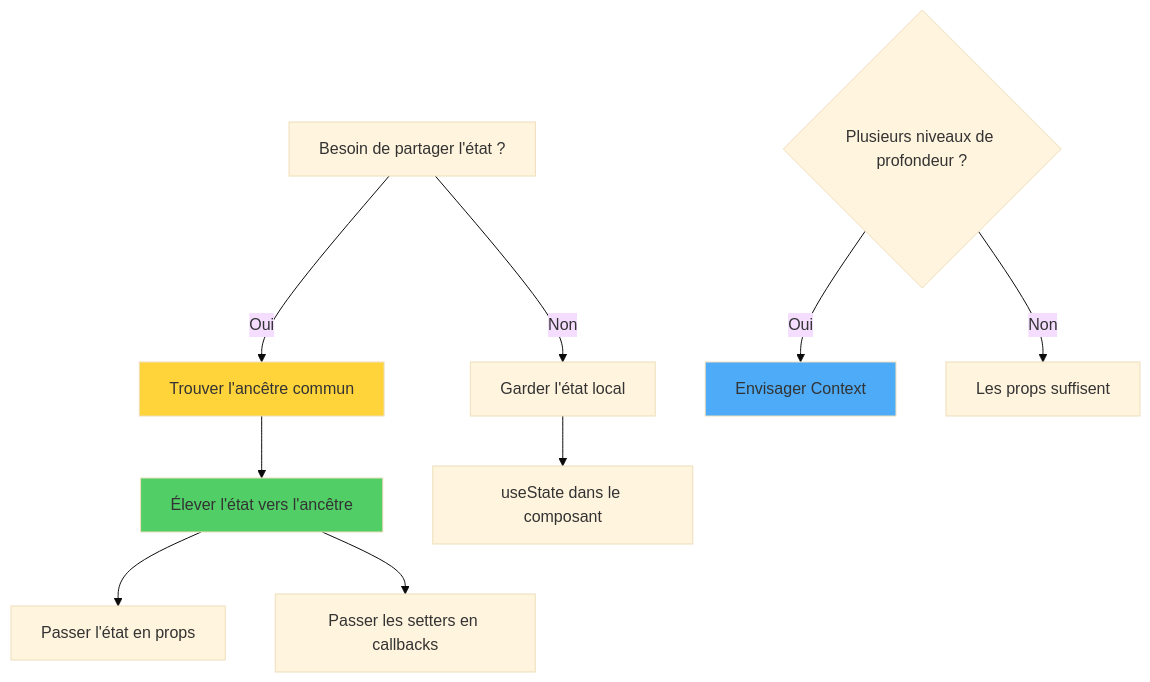
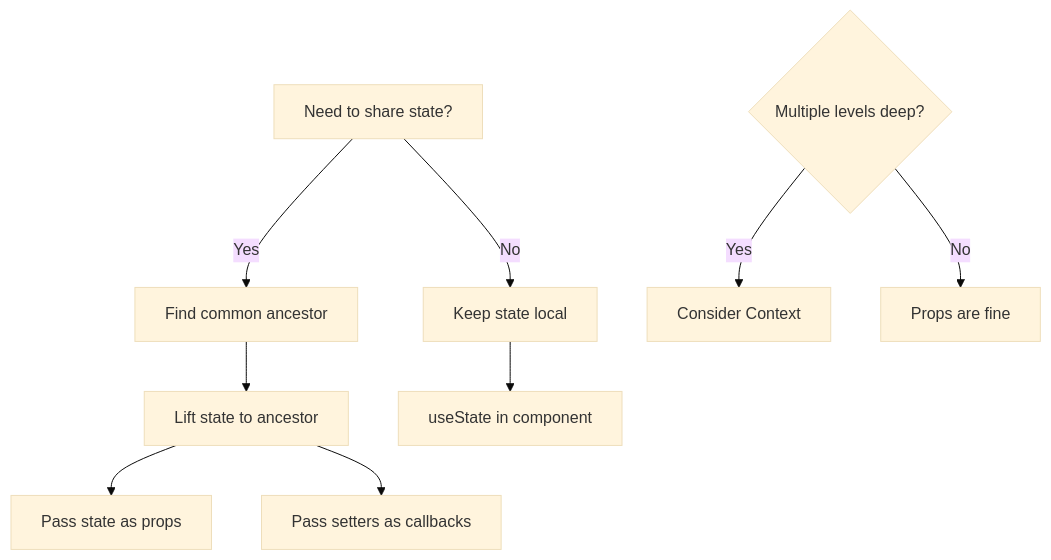
The fifth of 12 diagrams in arguments/chapters/fr/03-component-patterns-best-practices.md (BabaScience/react-guides), drawn with Mermaid (base theme) before and after one commit. The commit also changed other lines of this file and 29 other files, not shown here.

First line of the commit message:
Bring React FR/IT translations to full English parity + theme-safe diagrams

````diff
--- a/arguments/chapters/fr/03-component-patterns-best-practices.md
+++ b/arguments/chapters/fr/03-component-patterns-best-practices.md
@@ -172,18 +614,15 @@
 ```mermaid
 graph TD
-    A[Besoin de partager l'état ?] -->|Oui| B[Trouver l'ancêtre commun]
-    A -->|Non| C[Garder l'état local]
+    A[Need to share state?] -->|Yes| B[Find common ancestor]
+    A -->|No| C[Keep state local]
     
-    B --> D[Élever l'état vers l'ancêtre]
-    D --> E[Passer l'état en props]
-    D --> F[Passer les setters en callbacks]
+    B --> D[Lift state to ancestor]
+    D --> E[Pass state as props]
+    D --> F[Pass setters as callbacks]
     
-    C --> G[useState dans le composant]
+    C --> G[useState in component]
     
-    H{Plusieurs niveaux de profondeur ?} -->|Oui| I[Envisager Context]
-    H -->|Non| J[Les props suffisent]
+    H{Multiple levels deep?} -->|Yes| I[Consider Context]
+    H -->|No| J[Props are fine]
     
-    style B fill:#ffd43b
-    style D fill:#51cf66
-    style I fill:#4dabf7
 ```
````
